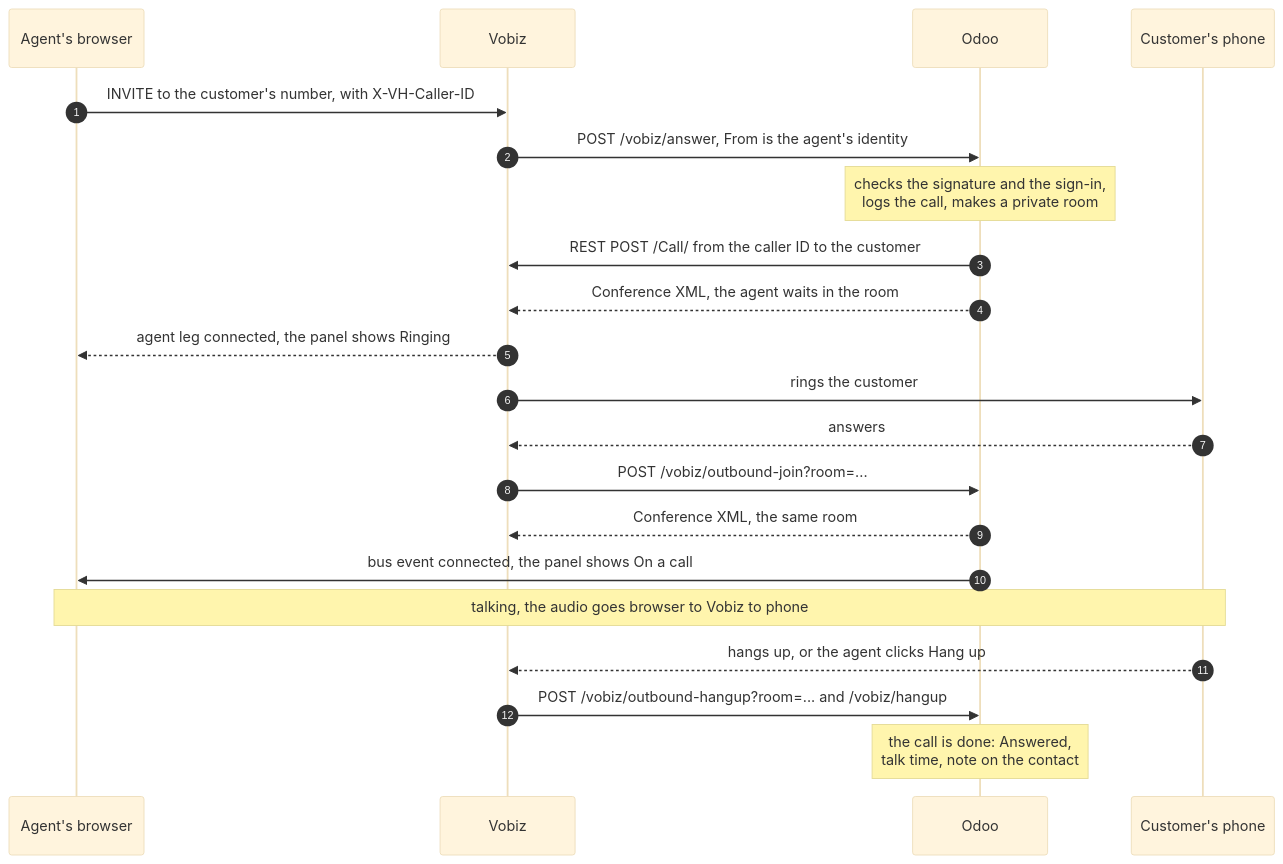
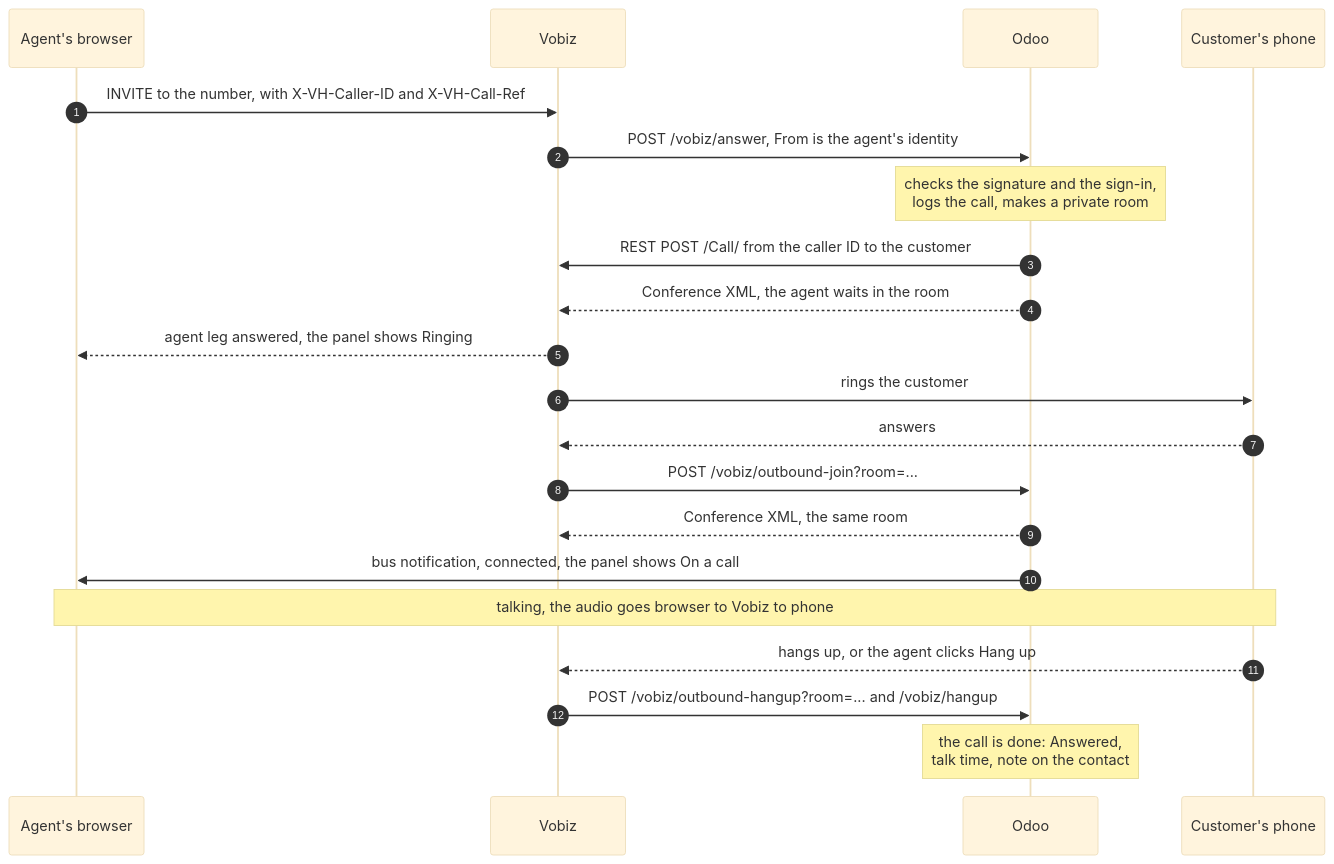
One commit to vobiz-ai/odoo-vobiz-calling changed the fifth of 6 diagrams in README.md. Above: the diagram before and after it, drawn with Mermaid (base theme). The commit also changed other lines of this file, not shown here.

````diff
--- a/README.md
+++ b/README.md
@@ -139,23 +785,23 @@
 ```mermaid
 sequenceDiagram
     autonumber
     participant B as Agent's browser
     participant V as Vobiz
     participant O as Odoo
     participant C as Customer's phone
-    B->>V: INVITE to the customer's number, with X-VH-Caller-ID
+    B->>V: INVITE to the number, with X-VH-Caller-ID and X-VH-Call-Ref
     V->>O: POST /vobiz/answer, From is the agent's identity
     Note over O: checks the signature and the sign-in,<br/>logs the call, makes a private room
     O->>V: REST POST /Call/ from the caller ID to the customer
     O-->>V: Conference XML, the agent waits in the room
-    V-->>B: agent leg connected, the panel shows Ringing
+    V-->>B: agent leg answered, the panel shows Ringing
     V->>C: rings the customer
     C-->>V: answers
     V->>O: POST /vobiz/outbound-join?room=...
     O-->>V: Conference XML, the same room
-    O->>B: bus event connected, the panel shows On a call
+    O->>B: bus notification, connected, the panel shows On a call
     Note over B,C: talking, the audio goes browser to Vobiz to phone
     C-->>V: hangs up, or the agent clicks Hang up
     V->>O: POST /vobiz/outbound-hangup?room=... and /vobiz/hangup
     Note over O: the call is done: Answered,<br/>talk time, note on the contact
 ```
````
